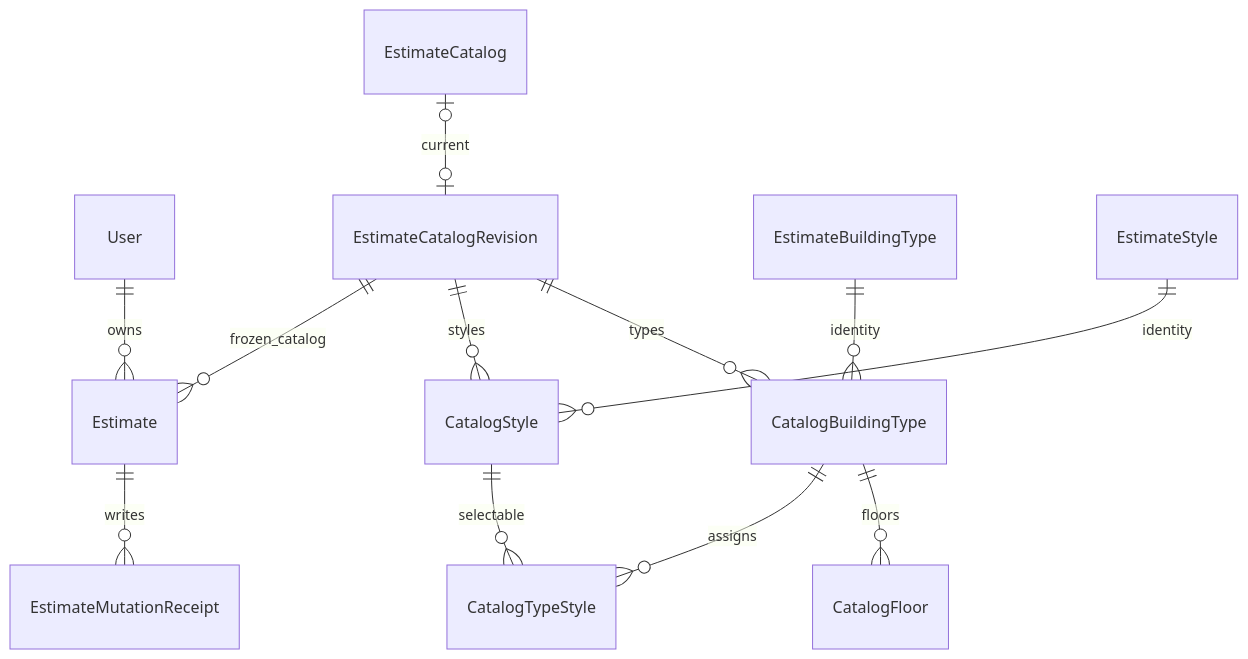
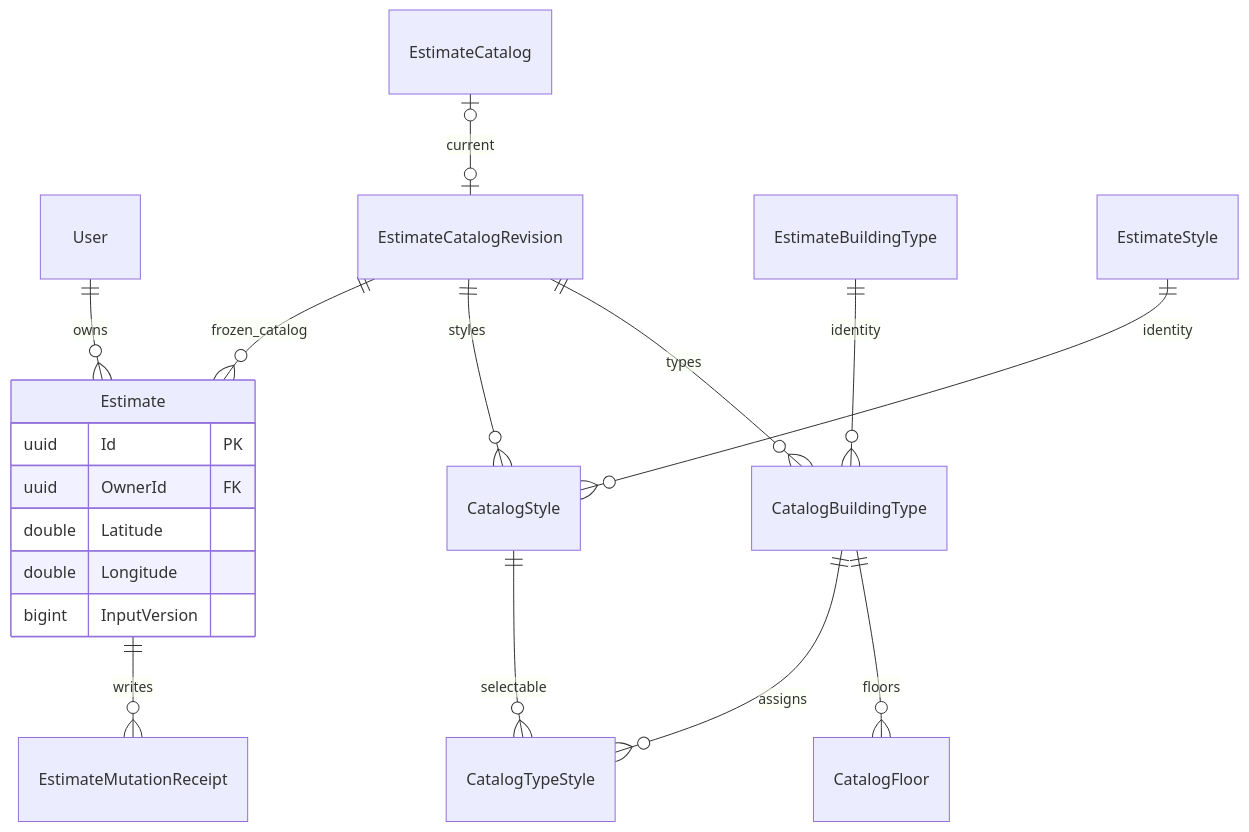
Before and after one commit to TaskCoper/bmt-documentation: the sixth of 6 diagrams in tdd/TDD-PROJ-001.md, drawn with Mermaid. The commit also changed other lines of this file and 45 other files, not shown here.

````diff
--- a/tdd/TDD-PROJ-001.md
+++ b/tdd/TDD-PROJ-001.md
@@ -292,14 +384,21 @@
 ```mermaid
 erDiagram
     User ||--o{ Estimate : owns
     EstimateCatalog o|--o| EstimateCatalogRevision : current
     EstimateCatalogRevision ||--o{ CatalogBuildingType : types
     EstimateCatalogRevision ||--o{ CatalogStyle : styles
     EstimateBuildingType ||--o{ CatalogBuildingType : identity
     EstimateStyle ||--o{ CatalogStyle : identity
     CatalogBuildingType ||--o{ CatalogFloor : floors
     CatalogBuildingType ||--o{ CatalogTypeStyle : assigns
     CatalogStyle ||--o{ CatalogTypeStyle : selectable
     EstimateCatalogRevision ||--o{ Estimate : frozen_catalog
     Estimate ||--o{ EstimateMutationReceipt : writes
+    Estimate {
+        uuid Id PK
+        uuid OwnerId FK
+        double Latitude
+        double Longitude
+        bigint InputVersion
+    }
 ```
````
